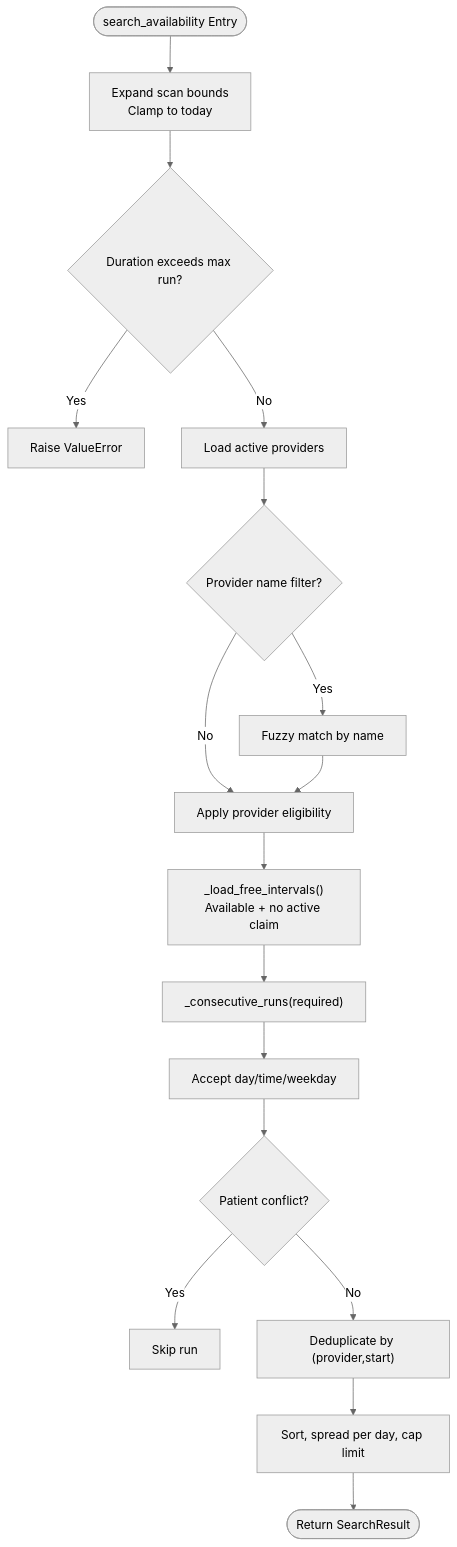
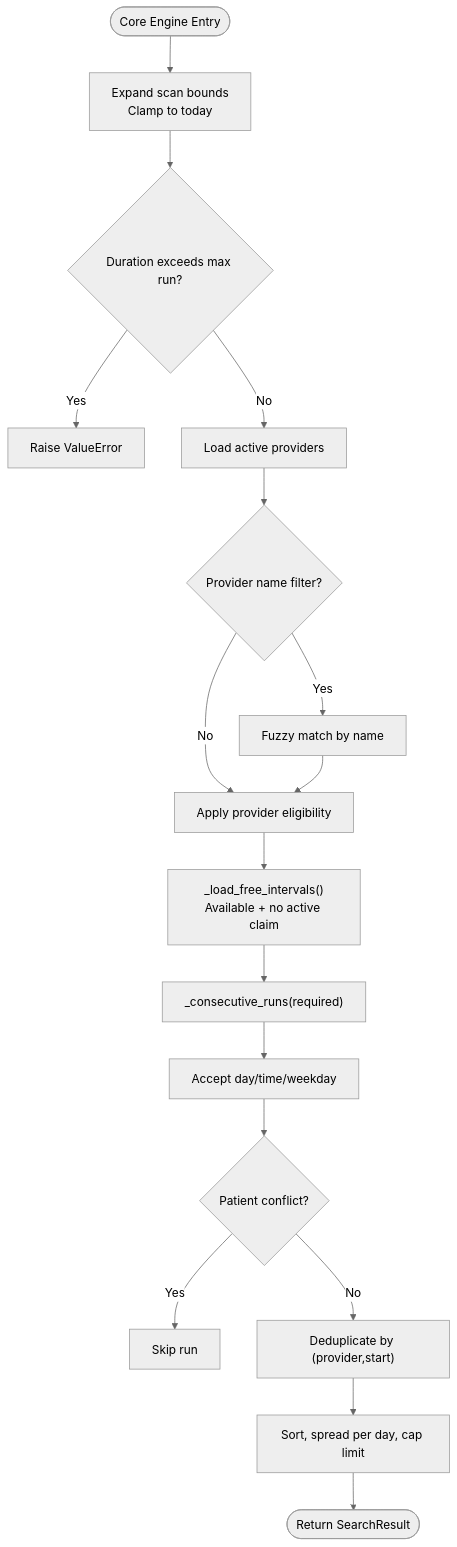
Before and after one commit to gokulkaarthicks/dental-chatbot: the third of 6 diagrams in .qoder/repowiki/en/content/Scheduling System/Availability Calculation Engine.md, drawn with Mermaid (neutral theme). The commit also changed other lines of this file and 280 other files, not shown here.

````diff
--- a/.qoder/repowiki/en/content/Scheduling System/Availability Calculation Engine.md
+++ b/.qoder/repowiki/en/content/Scheduling System/Availability Calculation Engine.md
@@ -149,19 +138,19 @@
 ```mermaid
 flowchart TD
-Start(["search_availability Entry"]) --> Bounds["Expand scan bounds<br/>Clamp to today"]
+Start(["Core Engine Entry"]) --> Bounds["Expand scan bounds<br/>Clamp to today"]
 Bounds --> DurationCheck{"Duration exceeds max run?"}
 DurationCheck --> |Yes| RaiseError["Raise ValueError"]
 DurationCheck --> |No| Providers["Load active providers"]
 Providers --> NameFilter{"Provider name filter?"}
 NameFilter --> |Yes| FuzzyMatch["Fuzzy match by name"]
 NameFilter --> |No| Eligible["Apply provider eligibility"]
 FuzzyMatch --> Eligible
 Eligible --> LoadSlots["_load_free_intervals()<br/>Available + no active claim"]
 LoadSlots --> Runs["_consecutive_runs(required)"]
 Runs --> Preferences["Accept day/time/weekday"]
 Preferences --> Conflict{"Patient conflict?"}
 Conflict --> |Yes| Skip["Skip run"]
 Conflict --> |No| Dedup["Deduplicate by (provider,start)"]
 Dedup --> Shape["Sort, spread per day, cap limit"]
 Shape --> End(["Return SearchResult"])
 ```
````
